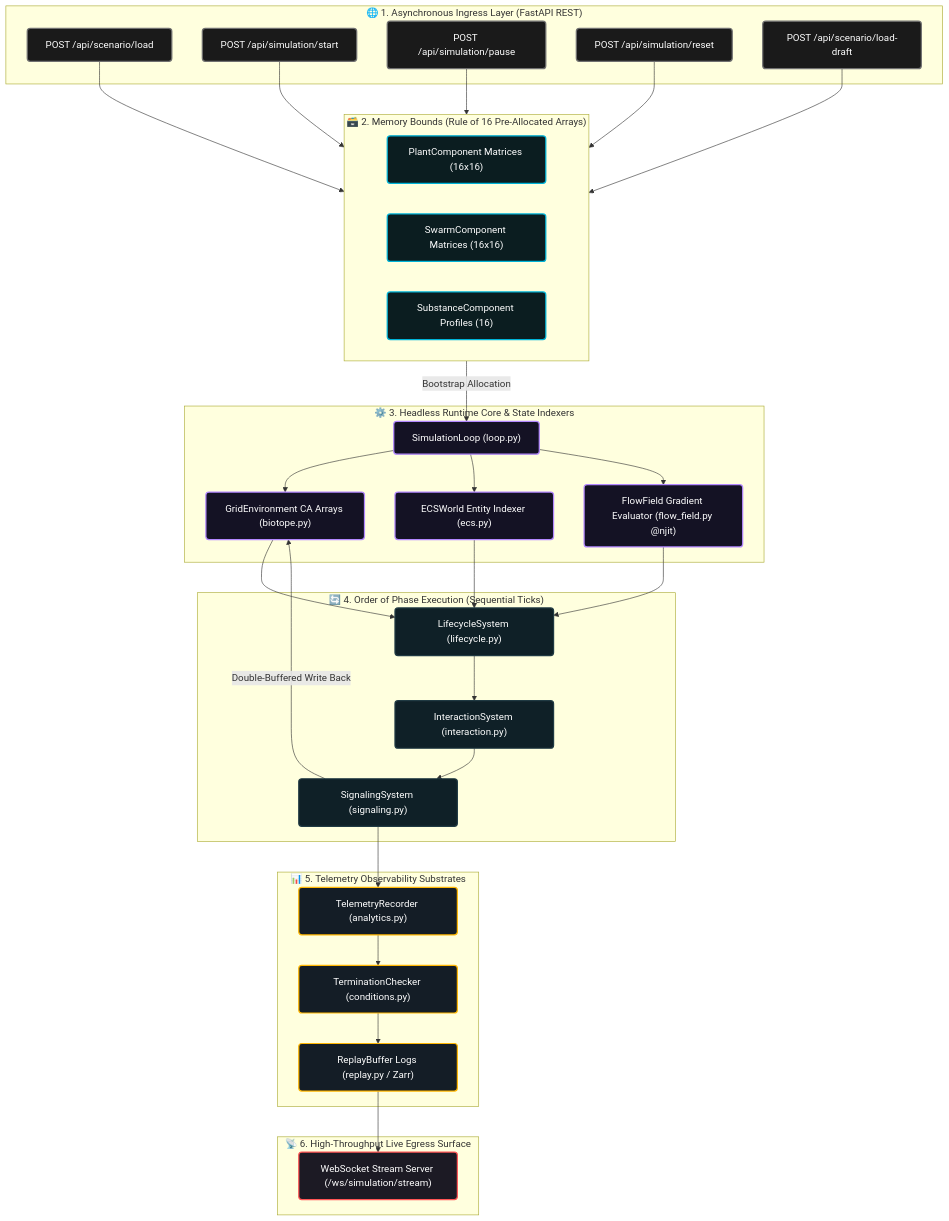
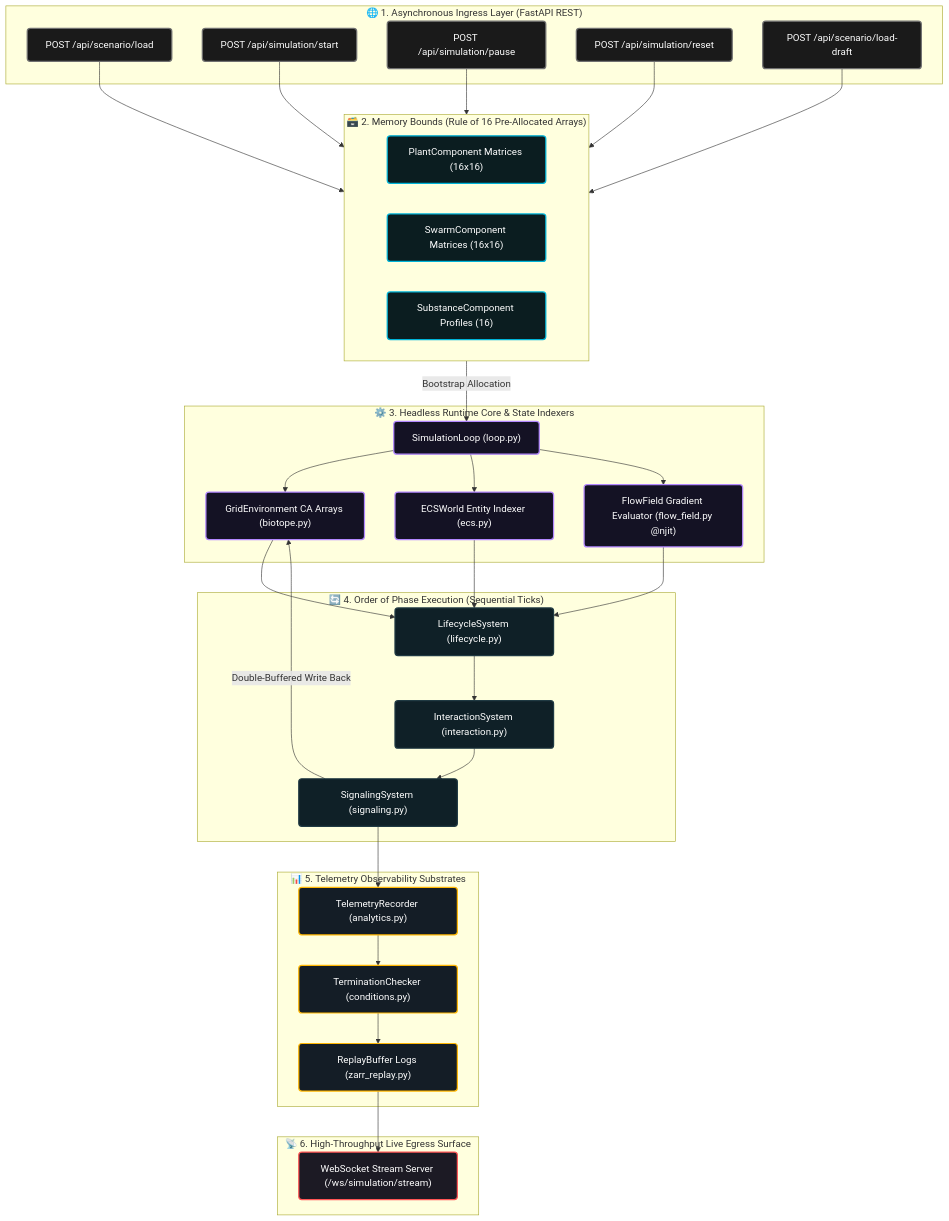
The second of 2 diagrams in docs/technical_architecture/system_architecture.md (foersben/PHIDS), drawn with Mermaid before and after one commit. The commit also changed other lines of this file and 4 other files, not shown here.

````diff
--- a/docs/technical_architecture/system_architecture.md
+++ b/docs/technical_architecture/system_architecture.md
@@ -143,75 +91,75 @@
 ```mermaid
 flowchart TD
     %% Style Definitions
     classDef ingressLayer fill:#1a1a1a,stroke:#707070,stroke-width:2px,color:#ffffff,rx:5px,ry:5px;
     classDef dataRegistry fill:#0b1d20,stroke:#00b4d8,stroke-width:2px,color:#ffffff,rx:5px,ry:5px;
     classDef coreEngine fill:#141224,stroke:#b388ff,stroke-width:2px,color:#ffffff,rx:5px,ry:5px;
     classDef pipelineSys fill:#0f2027,stroke:#203a43,stroke-width:2px,color:#ffffff,rx:5px,ry:5px;
     classDef storageTelemetry fill:#141d26,stroke:#ffb703,stroke-width:2px,color:#ffffff,rx:5px,ry:5px;
     classDef egressLayer fill:#1c1a24,stroke:#ff5555,stroke-width:2px,color:#ffffff,rx:5px,ry:5px;
 
     %% 1. Ingress Layer
     subgraph Ingress_Layer ["🌐 1. Asynchronous Ingress Layer (FastAPI REST)"]
         A1["POST /api/scenario/load"]
         A2["POST /api/simulation/start"]
         A3["POST /api/simulation/pause"]
         A4["POST /api/simulation/reset"]
         A5["POST /api/scenario/load-draft"]
     end
 
     %% 2. System Pre-Allocation Bounds (Rule of 16)
     subgraph Component_Registry ["🗃️ 2. Memory Bounds (Rule of 16 Pre-Allocated Arrays)"]
         PC["PlantComponent Matrices (16x16)"]
         SC["SwarmComponent Matrices (16x16)"]
         SUB["SubstanceComponent Profiles (16)"]
     end
 
     %% 3. Engine Core
     subgraph Engine_Core ["⚙️ 3. Headless Runtime Core & State Indexers"]
         L["SimulationLoop (loop.py)"]
         BIO["GridEnvironment CA Arrays (biotope.py)"]
         ECS["ECSWorld Entity Indexer (ecs.py)"]
         FF["FlowField Gradient Evaluator (flow_field.py @njit)"]
     end
 
     %% 4. Execution Pipeline Sequence
     subgraph Pipeline_Systems ["🔄 4. Order of Phase Execution (Sequential Ticks)"]
         LC["LifecycleSystem (lifecycle.py)"]
         INT["InteractionSystem (interaction.py)"]
         SIG["SignalingSystem (signaling.py)"]
         
         LC --> INT --> SIG
     end
 
     %% 5. Analytics & Checkpointing
     subgraph Data_Analytics ["📊 5. Telemetry Observability Substrates"]
         AN["TelemetryRecorder (analytics.py)"]
         COND["TerminationChecker (conditions.py)"]
-        REP["ReplayBuffer Logs (replay.py / Zarr)"]
+        REP["ReplayBuffer Logs (zarr_replay.py)"]
     end
 
     %% 6. Output Egress
     subgraph Egress_Layer ["📡 6. High-Throughput Live Egress Surface"]
         A6["WebSocket Stream Server (/ws/simulation/stream)"]
     end
 
     %% Straight Vertical Pipeline Flows
     A1 & A2 & A3 & A4 & A5 --> Component_Registry
     Component_Registry -->|Bootstrap Allocation| L
     
     L --> BIO & ECS & FF
     BIO & ECS & FF --> LC
     
     SIG -->|Double-Buffered Write Back| BIO
     SIG --> AN
     
     AN --> COND --> REP --> A6
 
     %% Style Assignments
     class A1,A2,A3,A4,A5 ingressLayer;
     class PC,SC,SUB dataRegistry;
     class L,BIO,ECS,FF coreEngine;
     class LC,INT,SIG pipelineSys;
     class AN,COND,REP storageTelemetry;
     class A6 egressLayer;
 ```
````
